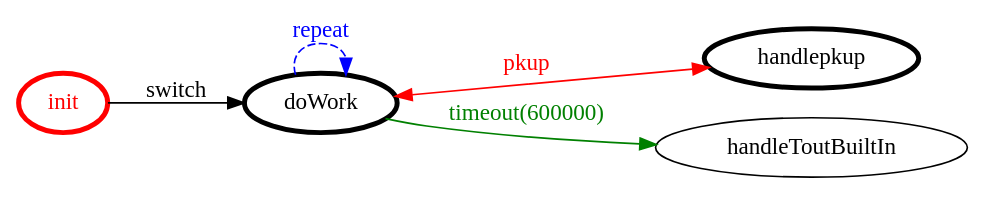
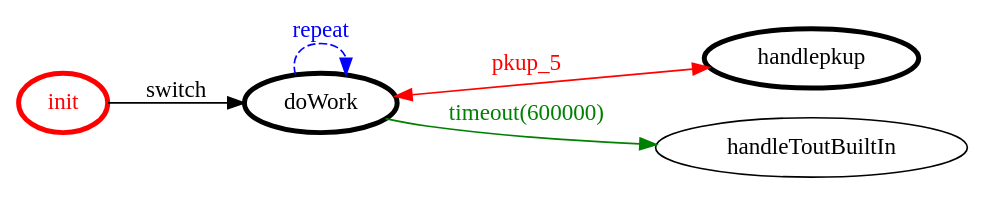
The diagram in it.unibo.e80/bin/it/unibo/sdm/sdm.gv (anatali/lss0), drawn with Graphviz before and after one commit. The commit also changed 50 other files, not shown here.

```diff
--- a/it.unibo.e80/bin/it/unibo/sdm/sdm.gv
+++ b/it.unibo.e80/bin/it/unibo/sdm/sdm.gv
@@ -1,20 +1,20 @@
 /*
 *
 * A GraphViz DOT FSM description 
 * Please use a GraphViz visualizer (like http://www.webgraphviz.com)
 *  
 */
 
 digraph finite_state_machine {
 	rankdir=LR
 	size="8,5"
 	
 	init [ color = red ][ fontcolor = red ][ penwidth = 3 ]
 	doWork [ color = black ][ fontcolor = black ][ penwidth = 3 ]
 	handlepkup [ color = black ][ fontcolor = black ][ penwidth = 3 ]
 	
-	doWork -> handlepkup [ label = "pkup" ][ color = red ][ fontcolor = red ][ dir = both ]
+	doWork -> handlepkup [ label = "pkup_5" ][ color = red ][ fontcolor = red ][ dir = both ]
 	init -> doWork [ label = "switch" ][ color = black ][ fontcolor = black ]
 	doWork -> doWork [ label = "repeat "][ style = dashed ][ color = blue ][ fontcolor = blue ]
 	doWork -> handleToutBuiltIn [ label = "timeout(600000)" ][ color = green ][ fontcolor = green ]
 }
```
